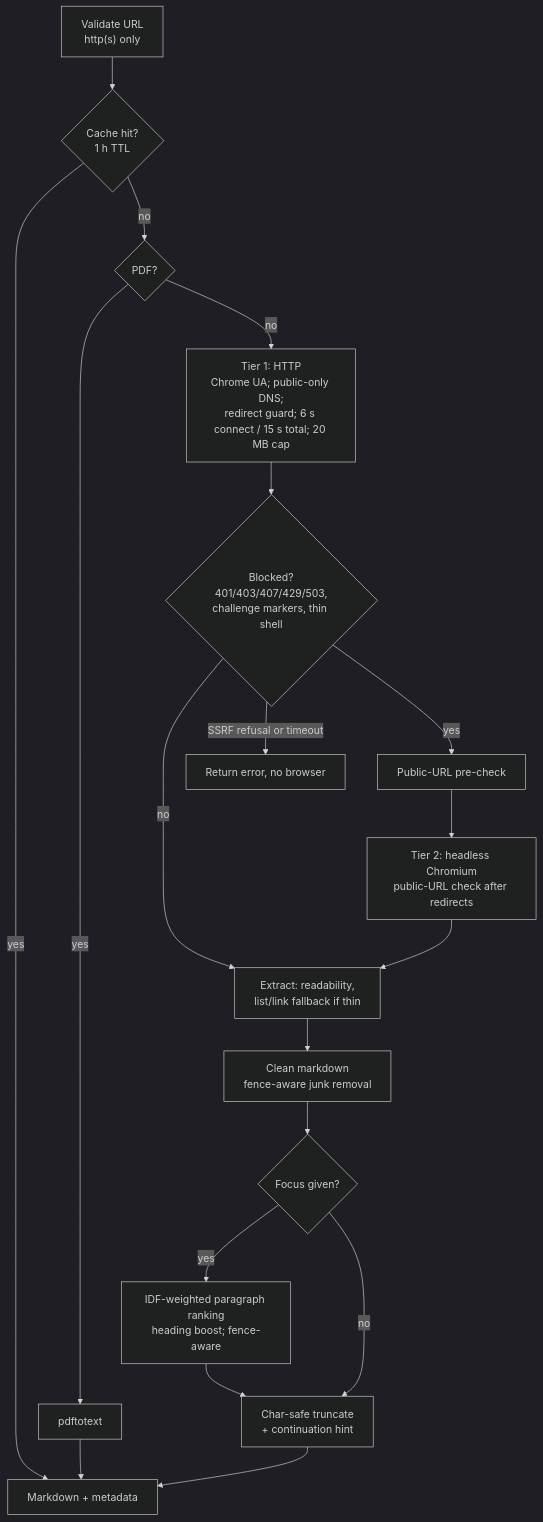
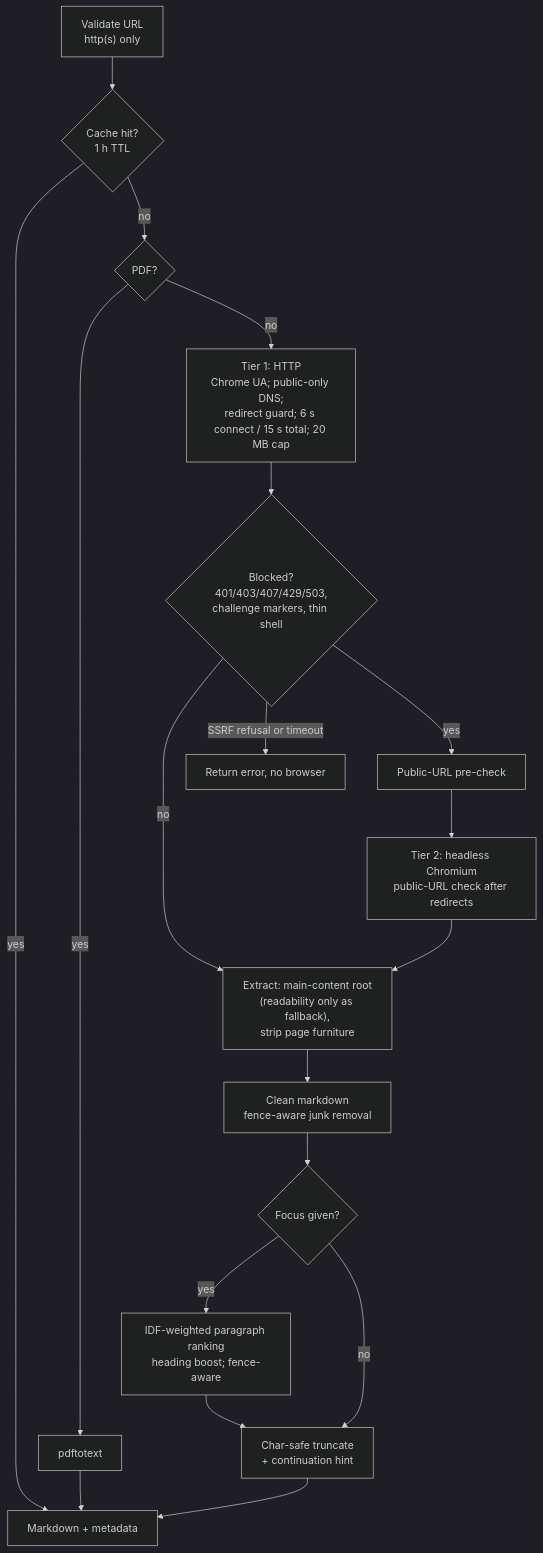
The first of 2 diagrams in README.md (AdamUnderwood375/scour), drawn with Mermaid (dark theme) before and after one commit. The commit also changed other lines of this file and 9 other files, not shown here.

````diff
--- a/README.md
+++ b/README.md
@@ -178,20 +181,20 @@
 ```mermaid
 flowchart TD
     A["Validate URL<br/>http(s) only"] --> B{"Cache hit?<br/>1 h TTL"}
     B -- yes --> Z["Markdown + metadata"]
     B -- no --> C{"PDF?"}
     C -- yes --> P["pdftotext"] --> Z
     C -- no --> D["Tier 1: HTTP<br/>Chrome UA; public-only DNS;<br/>redirect guard; 6 s connect / 15 s total; 20 MB cap"]
     D --> E{"Blocked?<br/>401/403/407/429/503,<br/>challenge markers, thin shell"}
     E -- no --> X
     E -- "SSRF refusal or timeout" --> Err["Return error, no browser"]
     E -- yes --> F["Public-URL pre-check"]
     F --> G["Tier 2: headless Chromium<br/>public-URL check after redirects"]
-    G --> X["Extract: readability,<br/>list/link fallback if thin"]
+    G --> X["Extract: main-content root<br/>(readability only as fallback),<br/>strip page furniture"]
     X --> M["Clean markdown<br/>fence-aware junk removal"]
     M --> I{"Focus given?"}
     I -- yes --> J["IDF-weighted paragraph ranking<br/>heading boost; fence-aware"]
     I -- no --> T
     J --> T["Char-safe truncate<br/>+ continuation hint"]
     T --> Z
 ```
````
